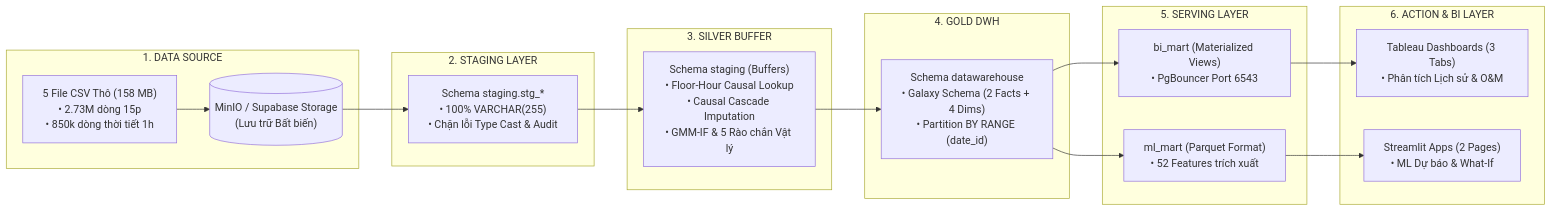
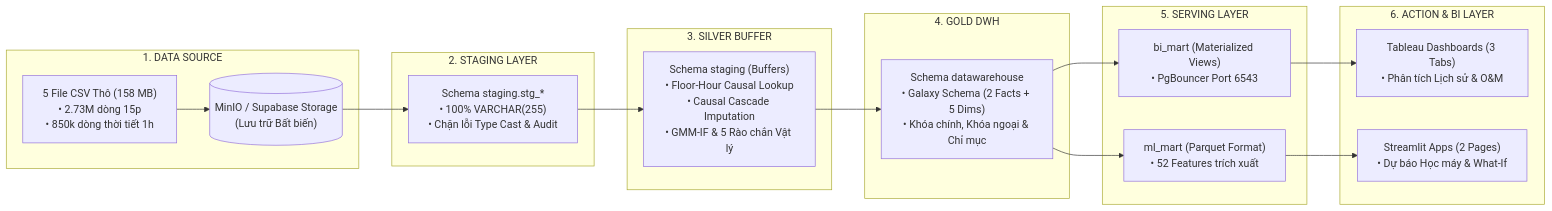
The second of 2 diagrams in README.md (nguyenvunhut/solar-engergy), drawn with Mermaid before and after one commit. The commit also changed other lines of this file, not shown here.

Commit message:
docs(reports): [SCRUM-8] chuẩn hóa readme toàn diện và cập nhật danh mục tài liệu hai cấp độ

````diff
--- a/README.md
+++ b/README.md
@@ -88,35 +97,35 @@
 ```mermaid
 flowchart LR
     subgraph L1["1. DATA SOURCE"]
         S1["5 File CSV Thô (158 MB)<br/>• 2.73M dòng 15p<br/>• 850k dòng thời tiết 1h"]
         S2[("MinIO / Supabase Storage<br/>(Lưu trữ Bất biến)")]
         S1 --> S2
     end
 
     subgraph L2["2. STAGING LAYER"]
         STG["Schema staging.stg_*<br/>• 100% VARCHAR(255)<br/>• Chặn lỗi Type Cast & Audit"]
     end
 
     subgraph L3["3. SILVER BUFFER"]
         BUF["Schema staging (Buffers)<br/>• Floor-Hour Causal Lookup<br/>• Causal Cascade Imputation<br/>• GMM-IF & 5 Rào chắn Vật lý"]
     end
 
     subgraph L4["4. GOLD DWH"]
-        DWH["Schema datawarehouse<br/>• Galaxy Schema (2 Facts + 4 Dims)<br/>• Partition BY RANGE (date_id)"]
+        DWH["Schema datawarehouse<br/>• Galaxy Schema (2 Facts + 5 Dims)<br/>• Khóa chính, Khóa ngoại & Chỉ mục"]
     end
 
     subgraph L5["5. SERVING LAYER"]
         M1["bi_mart (Materialized Views)<br/>• PgBouncer Port 6543"]
         M2["ml_mart (Parquet Format)<br/>• 52 Features trích xuất"]
     end
 
     subgraph L6["6. ACTION & BI LAYER"]
         A1["Tableau Dashboards (3 Tabs)<br/>• Phân tích Lịch sử & O&M"]
-        A2["Streamlit Apps (2 Pages)<br/>• ML Dự báo & What-If"]
+        A2["Streamlit Apps (2 Pages)<br/>• Dự báo Học máy & What-If"]
     end
 
     S2 --> STG --> BUF --> DWH
     DWH --> M1 & M2
     M1 --> A1
     M2 --> A2
 ```
````
